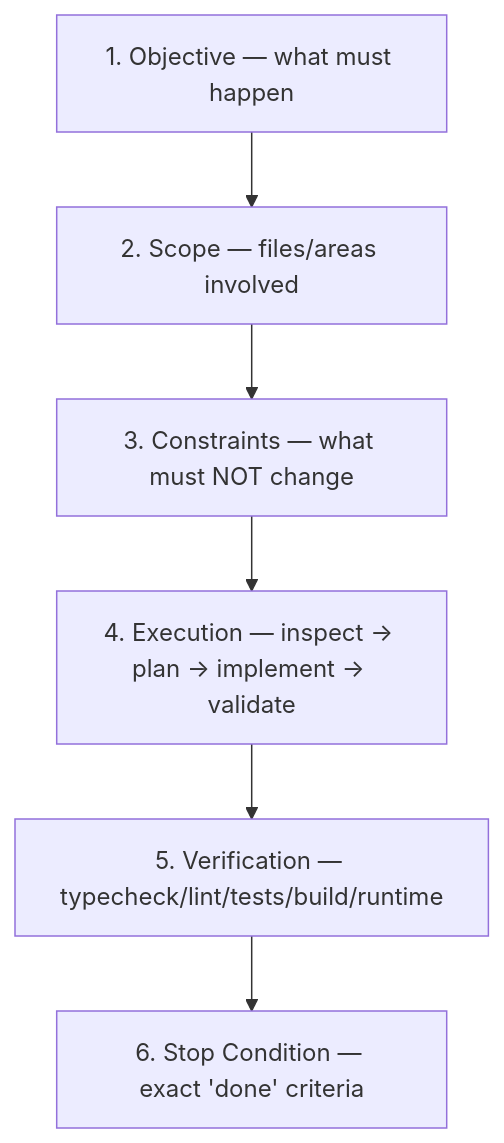
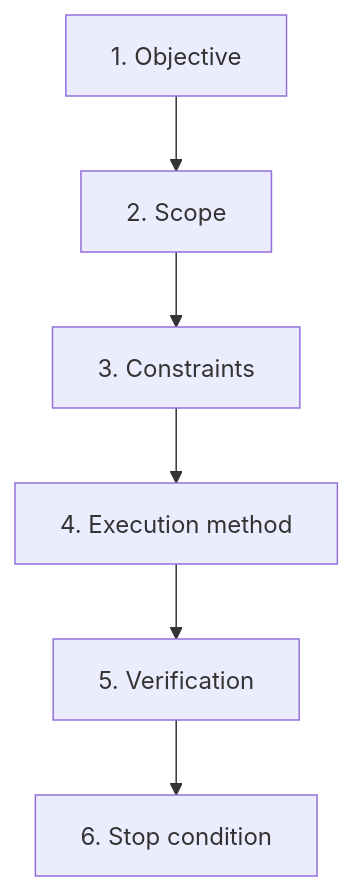
Before and after one commit to ayushman-glb/ai-engineering-playbook: the sixth of 32 diagrams in Ai_optimization_guide.md, drawn with Mermaid. The commit also changed other lines of this file, not shown here.

````diff
--- a/Ai_optimization_guide.md
+++ b/Ai_optimization_guide.md
@@ -323,8 +400,8 @@
 ```mermaid
 flowchart TD
-    L1[1. Objective — what must happen] --> L2[2. Scope — files/areas involved]
-    L2 --> L3[3. Constraints — what must NOT change]
-    L3 --> L4[4. Execution — inspect → plan → implement → validate]
-    L4 --> L5[5. Verification — typecheck/lint/tests/build/runtime]
-    L5 --> L6[6. Stop Condition — exact 'done' criteria]
+    L1["1. Objective"] --> L2["2. Scope"]
+    L2 --> L3["3. Constraints"]
+    L3 --> L4["4. Execution method"]
+    L4 --> L5["5. Verification"]
+    L5 --> L6["6. Stop condition"]
 ```
````
